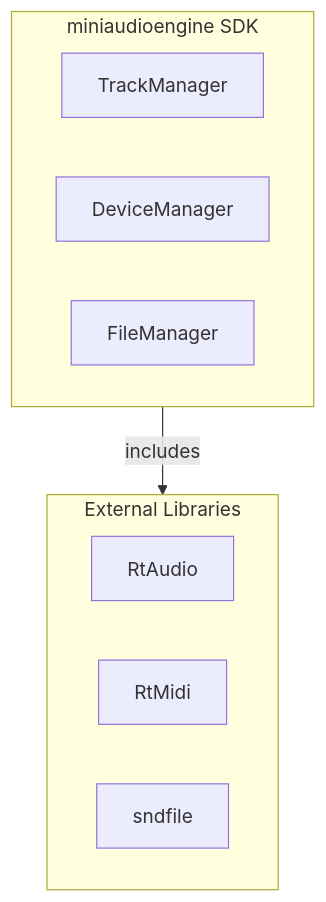
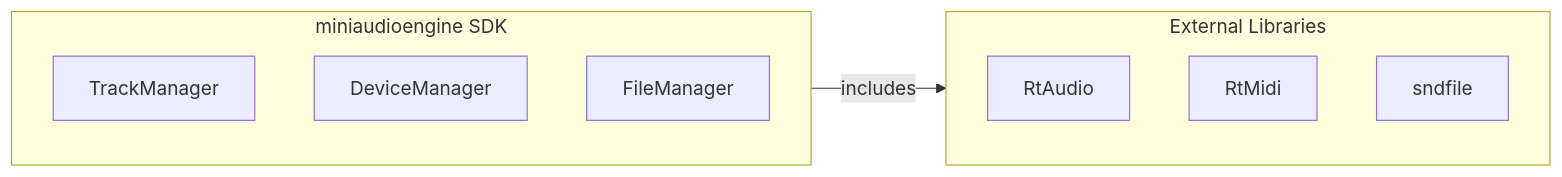
The second of 16 diagrams in docs/DESIGN_DOC.md (aidan-clyens/miniaudioengine), drawn with Mermaid before and after one commit. The commit also changed other lines of this file, not shown here.

````diff
--- a/docs/DESIGN_DOC.md
+++ b/docs/DESIGN_DOC.md
@@ -126,17 +145,17 @@
 ```mermaid
-graph TD
+graph LR
 
     subgraph External["External Libraries"]
         RtAudio
         RtMidi
         sndfile
     end
 
     subgraph SDK["miniaudioengine SDK"]
         TrackManager
         DeviceManager
         FileManager
     end
 
     SDK -->|includes| External
 ```
````
